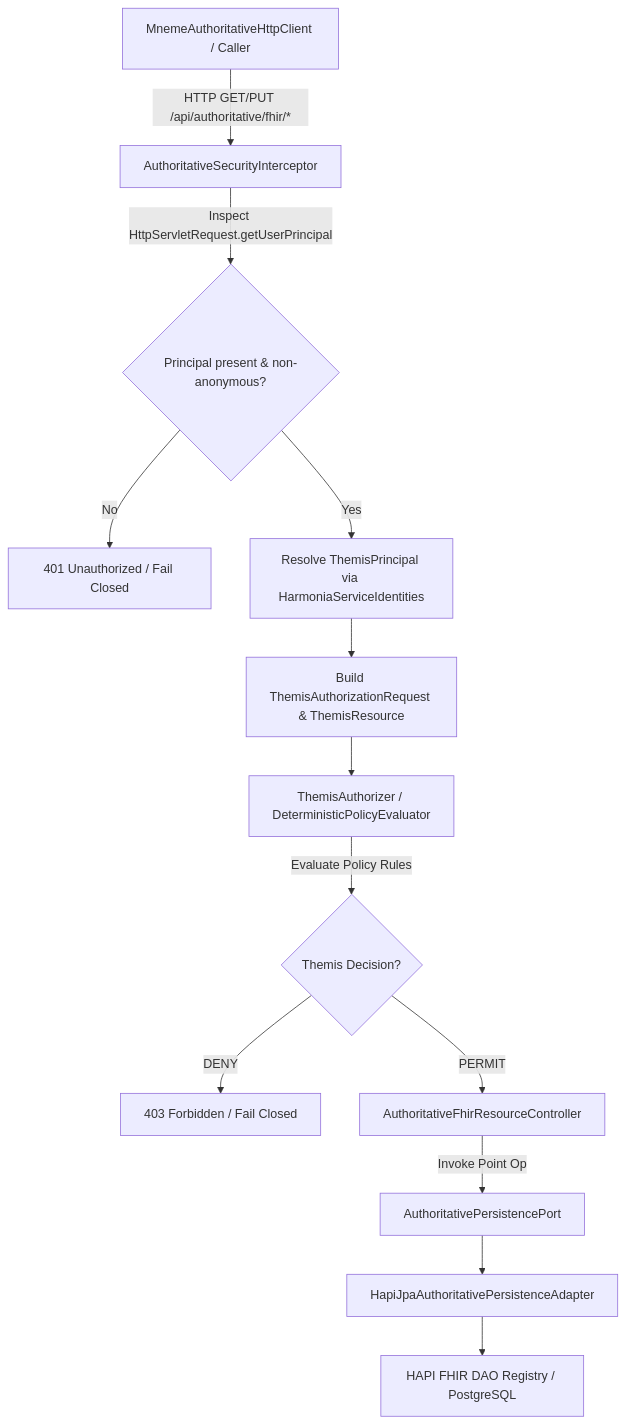
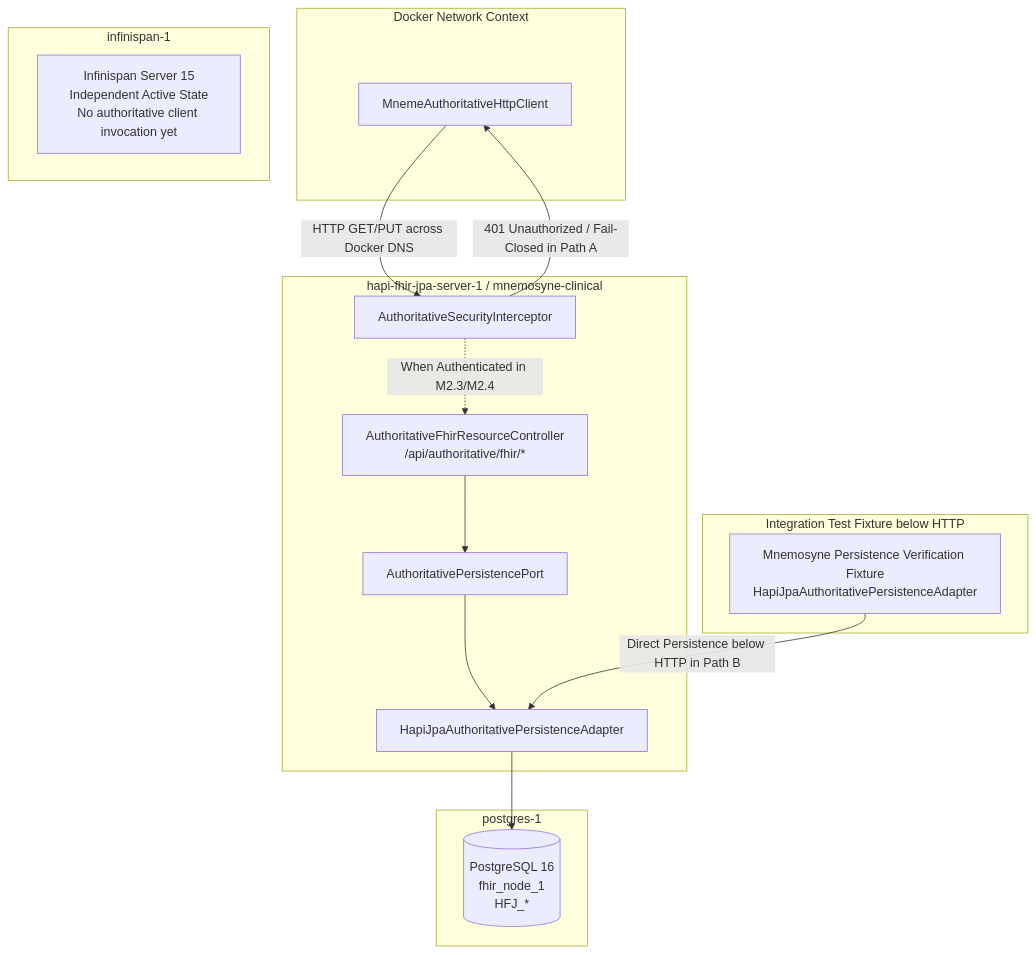
Before and after one commit to fhirfactory/harmonia: the diagram in .junie/plans/m2-2-distributed-authoritative-docker-path.md, drawn with Mermaid. The commit also changed other lines of this file and 5 other files, not shown here.

````diff
--- a/.junie/plans/m2-2-distributed-authoritative-docker-path.md
+++ b/.junie/plans/m2-2-distributed-authoritative-docker-path.md
@@ -144,15 +101,34 @@
 ```mermaid
 graph TD
-    Client[MnemeAuthoritativeHttpClient / Caller] -->|HTTP GET/PUT /api/authoritative/fhir/*| Interceptor[AuthoritativeSecurityInterceptor]
-    Interceptor -->|Inspect HttpServletRequest.getUserPrincipal| PrincCheck{Principal present & non-anonymous?}
-    PrincCheck -- No --> Deny401[401 Unauthorized / Fail Closed]
-    PrincCheck -- Yes --> MapPrinc[Resolve ThemisPrincipal via HarmoniaServiceIdentities]
-    MapPrinc --> BuildReq[Build ThemisAuthorizationRequest & ThemisResource]
-    BuildReq --> Evaluator[ThemisAuthorizer / DeterministicPolicyEvaluator]
-    Evaluator -->|Evaluate Policy Rules| DecCheck{Themis Decision?}
-    DecCheck -- DENY --> Deny403[403 Forbidden / Fail Closed]
-    DecCheck -- PERMIT --> Controller[AuthoritativeFhirResourceController]
-    Controller -->|Invoke Point Op| Port[AuthoritativePersistencePort]
-    Port --> Adapter[HapiJpaAuthoritativePersistenceAdapter]
-    Adapter --> DAO[HAPI FHIR DAO Registry / PostgreSQL]
+    subgraph Verification Path A: Docker Authoritative Boundary Proof [Docker Network Context]
+        MAC[MnemeAuthoritativeHttpClient]
+    end
+
+    subgraph Verification Path B: Durable Persistence Proof [Integration Test Fixture below HTTP]
+        PVF[Mnemosyne Persistence Verification Fixture<br/>HapiJpaAuthoritativePersistenceAdapter]
+    end
+
+    subgraph Mnemosyne Container [hapi-fhir-jpa-server-1 / mnemosyne-clinical]
+        ASI[AuthoritativeSecurityInterceptor]
+        AFRC[AuthoritativeFhirResourceController<br/>/api/authoritative/fhir/*]
+        APP[AuthoritativePersistencePort]
+        HJPA[HapiJpaAuthoritativePersistenceAdapter]
+
+        ASI -->|401 Unauthorized / Fail-Closed in Path A| MAC
+        ASI -.->|When Authenticated in M2.3/M2.4| AFRC
+        AFRC --> APP
+        APP --> HJPA
+        PVF -->|Direct Persistence below HTTP in Path B| HJPA
+    end
+
+    subgraph PostgreSQL Container [postgres-1]
+        PG[(PostgreSQL 16<br/>fhir_node_1<br/>HFJ_*)]
+        HJPA --> PG
+    end
+
+    subgraph Infinispan Active-State Runtime [infinispan-1]
+        ISC[Infinispan Server 15<br/>Independent Active State<br/>No authoritative client invocation yet]
+    end
+
+    MAC -- "HTTP GET/PUT across Docker DNS" --> ASI
 ```
````
